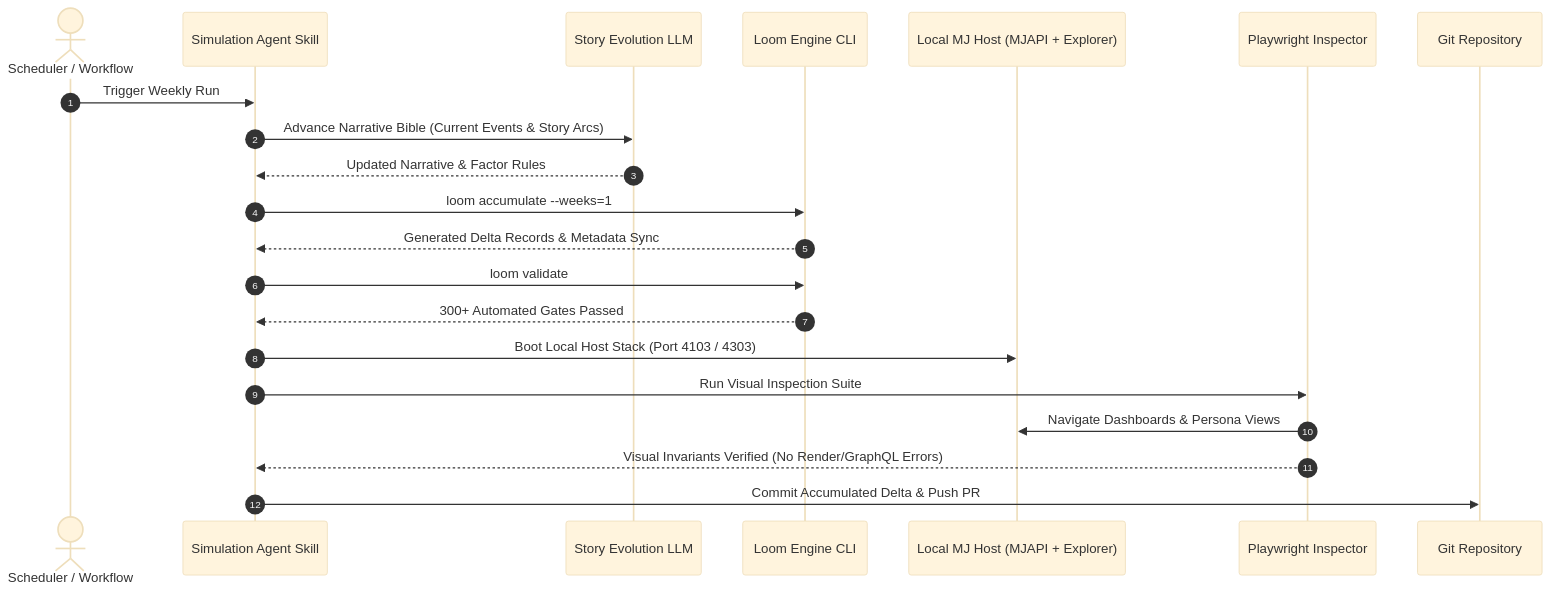
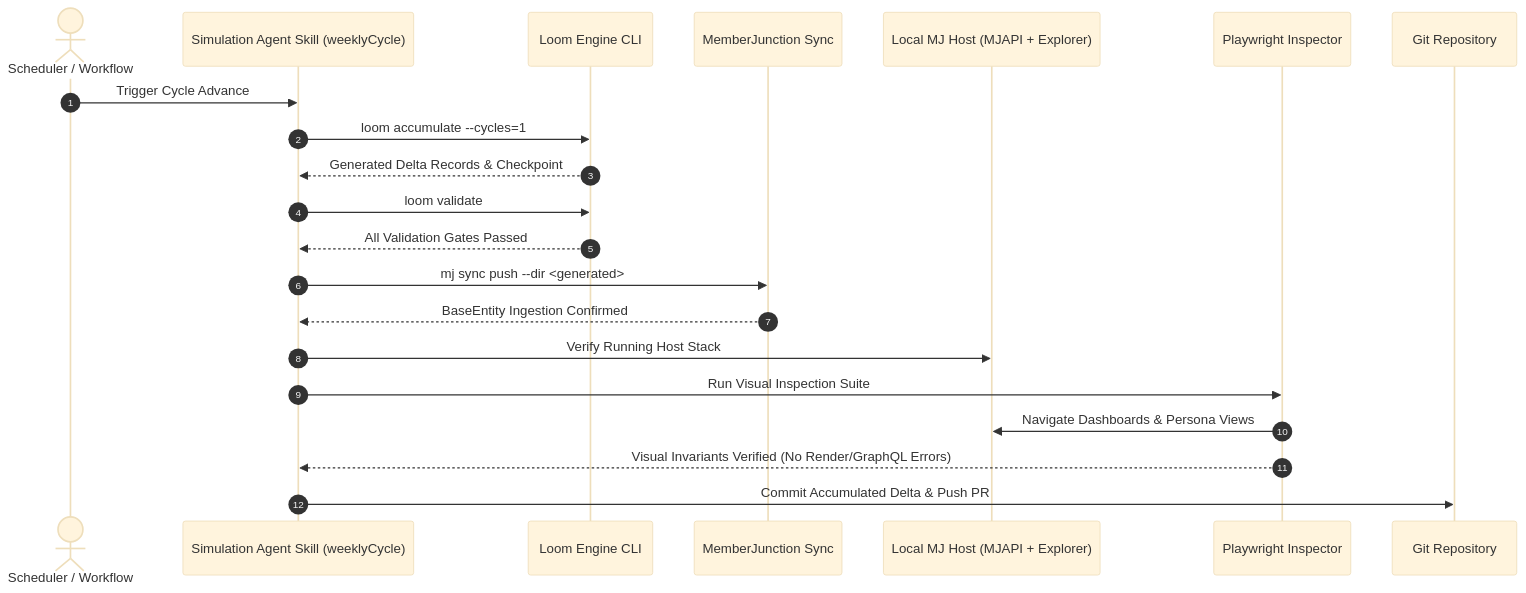
One commit to MemberJunction/loom changed the second of 2 diagrams in plans/loom-architecture-and-implementation-plan.md. Above: the diagram before and after it, drawn with Mermaid (base theme). The commit also changed other lines of this file and 33 other files, not shown here.

````diff
--- a/plans/loom-architecture-and-implementation-plan.md
+++ b/plans/loom-architecture-and-implementation-plan.md
@@ -207,24 +209,24 @@
 ```mermaid
 sequenceDiagram
     autonumber
     actor Scheduler as Scheduler / Workflow
-    participant Skill as Simulation Agent Skill
-    participant LLM as Story Evolution LLM
+    participant Skill as Simulation Agent Skill (weeklyCycle)
     participant Loom as Loom Engine CLI
+    participant Sync as MemberJunction Sync
     participant Host as Local MJ Host (MJAPI + Explorer)
     participant PW as Playwright Inspector
     participant Git as Git Repository
 
-    Scheduler->>Skill: Trigger Weekly Run
-    Skill->>LLM: Advance Narrative Bible (Current Events & Story Arcs)
-    LLM-->>Skill: Updated Narrative & Factor Rules
-    Skill->>Loom: loom accumulate --weeks=1
-    Loom-->>Skill: Generated Delta Records & Metadata Sync
+    Scheduler->>Skill: Trigger Cycle Advance
+    Skill->>Loom: loom accumulate --cycles=1
+    Loom-->>Skill: Generated Delta Records & Checkpoint
     Skill->>Loom: loom validate
-    Loom-->>Skill: 300+ Automated Gates Passed
-    Skill->>Host: Boot Local Host Stack (Port 4103 / 4303)
+    Loom-->>Skill: All Validation Gates Passed
+    Skill->>Sync: mj sync push --dir <generated>
+    Sync-->>Skill: BaseEntity Ingestion Confirmed
+    Skill->>Host: Verify Running Host Stack
     Skill->>PW: Run Visual Inspection Suite
     PW->>Host: Navigate Dashboards & Persona Views
     PW-->>Skill: Visual Invariants Verified (No Render/GraphQL Errors)
     Skill->>Git: Commit Accumulated Delta & Push PR
 ```
````
